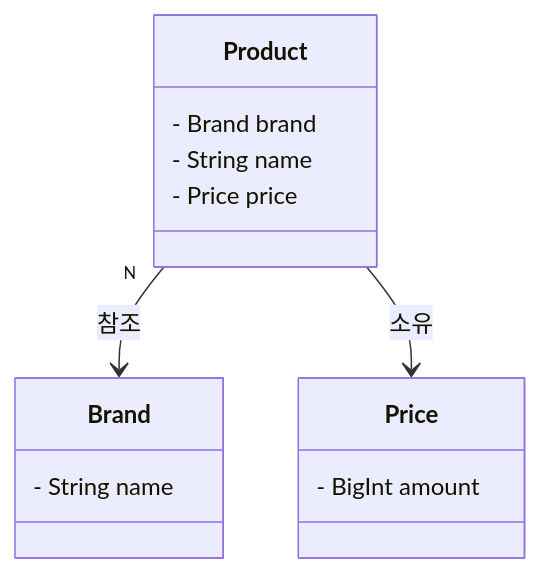
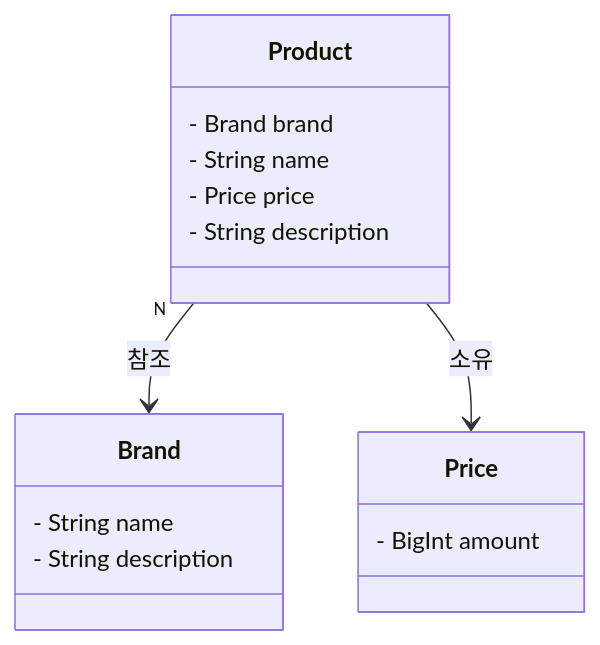
Before and after one commit to Roopers-Team-6/hainho: the diagram in docs/design/03-class-diagrams.md, drawn with Mermaid.

Commit message:
docs: 상품 상세 조회 기능 반영하도록 클래스 다이어그램 수정

````diff
--- a/docs/design/03-class-diagrams.md
+++ b/docs/design/03-class-diagrams.md
@@ -1,19 +1,21 @@
 ```mermaid
 classDiagram
     class Product {
         - Brand brand
         - String name
         - Price price
+        - String description
     }
 
     class Brand {
         - String name
+        - String description
     }
 
     class Price {
         - BigInt amount
     }
 
     Product "N" --> Brand: 참조
     Product --> Price: 소유
 ```
````
